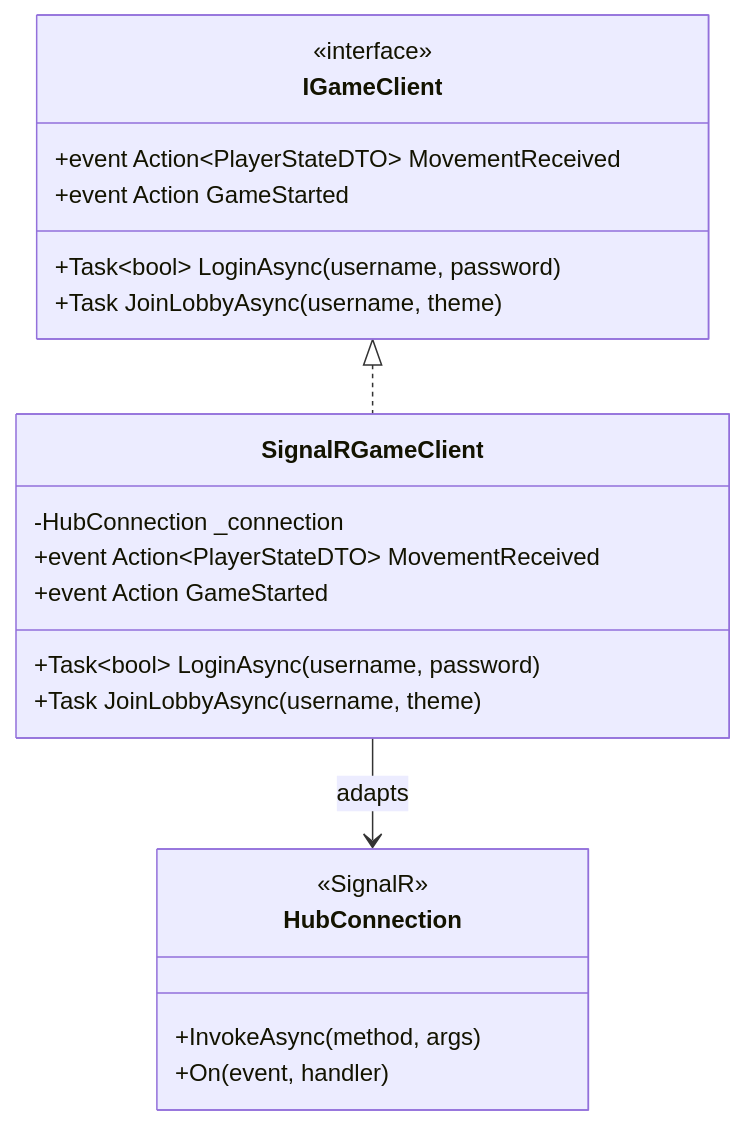
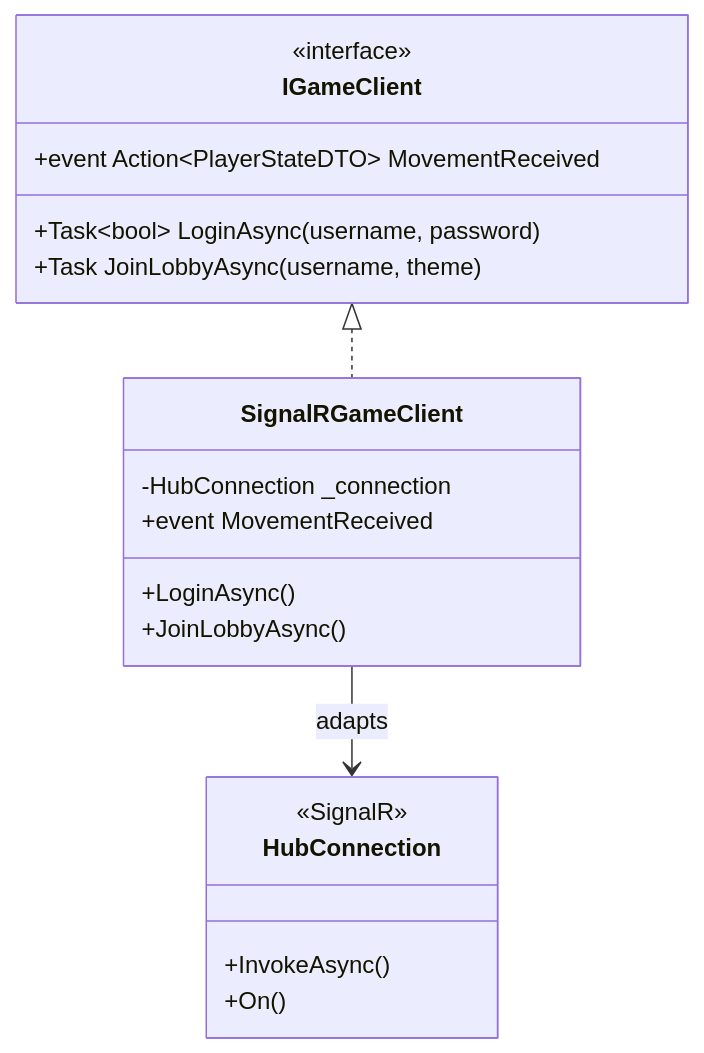
Before and after one commit to sudedincer/BombermanWithDesignPatterns: the eighth of 11 diagrams in DESIGN_DOCUMENT.md, drawn with Mermaid. The commit also changed other lines of this file and 1 other file, not shown here.

````diff
--- a/DESIGN_DOCUMENT.md
+++ b/DESIGN_DOCUMENT.md
@@ -1020,27 +824,25 @@
 ```mermaid
 classDiagram
     class IGameClient {
         <<interface>>
         +Task~bool~ LoginAsync(username, password)
         +Task JoinLobbyAsync(username, theme)
         +event Action~PlayerStateDTO~ MovementReceived
-        +event Action GameStarted
     }
     
     class SignalRGameClient {
         -HubConnection _connection
-        +Task~bool~ LoginAsync(username, password)
-        +Task JoinLobbyAsync(username, theme)
-        +event Action~PlayerStateDTO~ MovementReceived
-        +event Action GameStarted
+        +LoginAsync()
+        +JoinLobbyAsync()
+        +event MovementReceived
     }
     
     class HubConnection {
         <<SignalR>>
-        +InvokeAsync(method, args)
-        +On(event, handler)
+        +InvokeAsync()
+        +On()
     }
     
     IGameClient <|.. SignalRGameClient
     SignalRGameClient --> HubConnection : adapts
 ```
````
